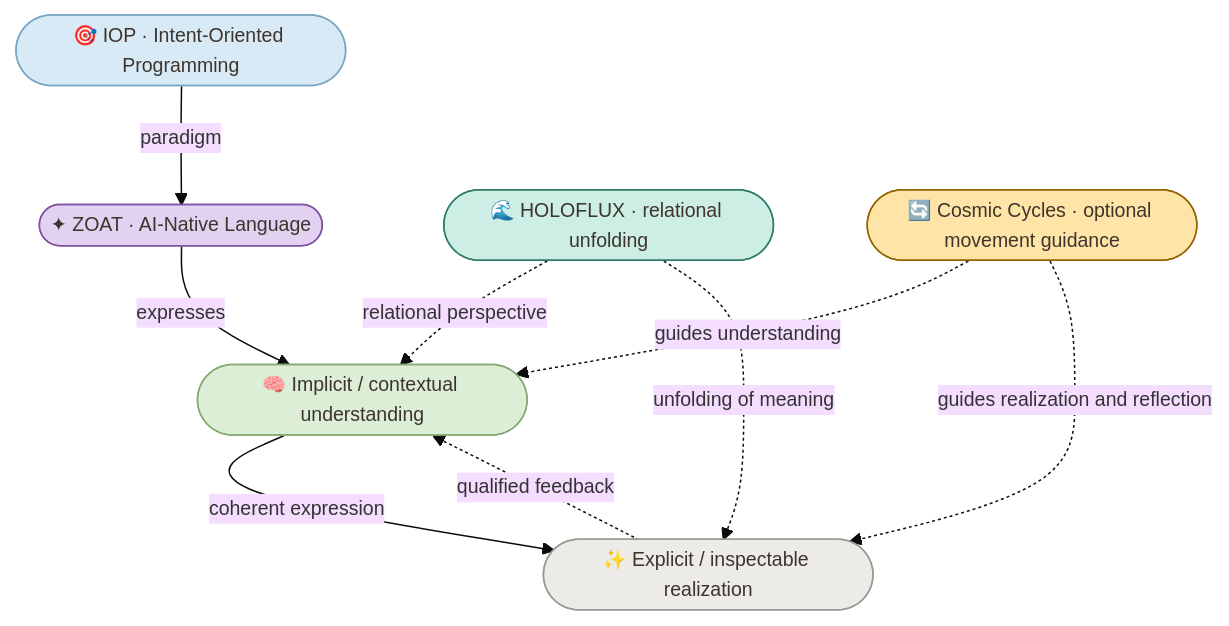
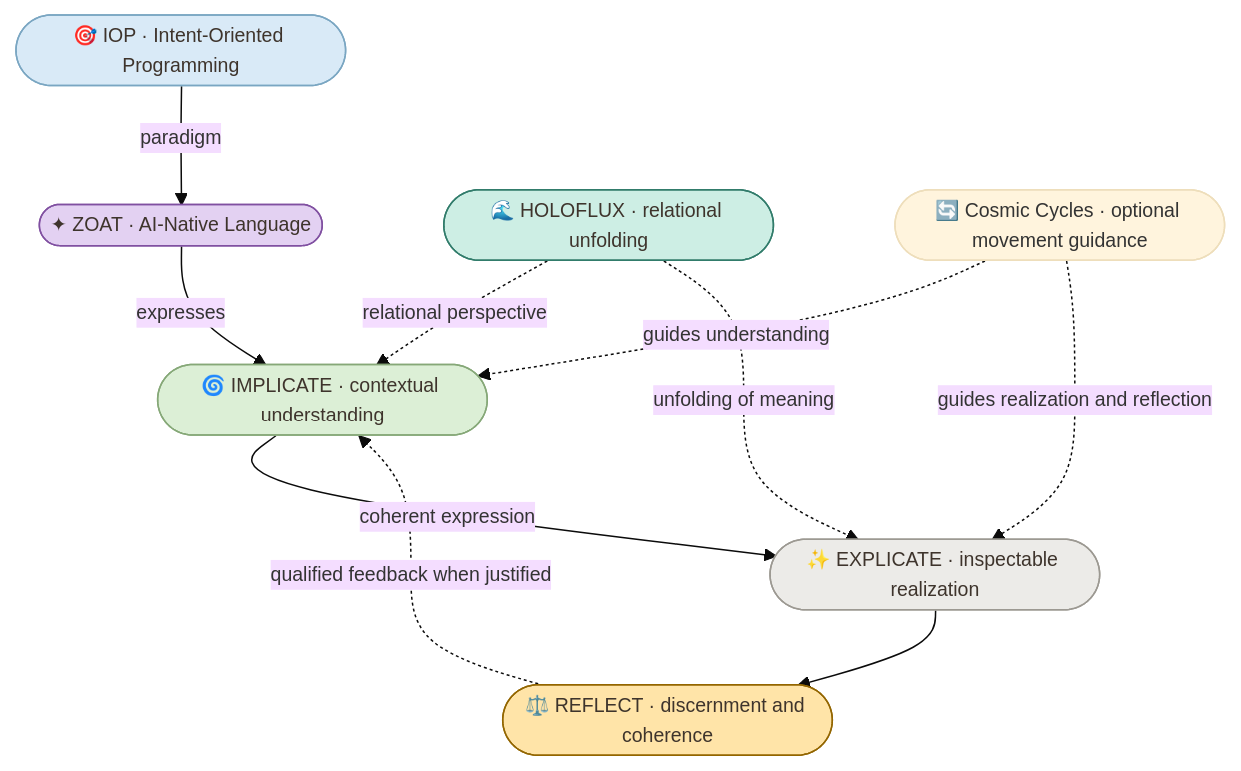
Before and after one commit to enogrob/project-zoat: the second of 2 diagrams in README.md, drawn with Mermaid. The commit also changed other lines of this file, not shown here.

Commit message:
docs: align public ZOAT diagrams with semantic icon vocabulary (#3)

````diff
--- a/README.md
+++ b/README.md
@@ -89,24 +92,26 @@
 ```mermaid
 %%{init: {"theme":"base","themeVariables":{"fontSize":"13px"},"flowchart":{"wrappingWidth":200,"minNodeWidth":0,"padding":8}}}%%
 flowchart TD
     P(["🎯 IOP · Intent-Oriented Programming"]):::context
     Z(["✦ ZOAT · AI-Native Language"]):::core
     H(["🌊 HOLOFLUX · relational unfolding"]):::relational
-    U(["🧠 Implicit / contextual understanding"]):::understanding
-    E(["✨ Explicit / inspectable realization"]):::projection
-    CY(["🔄 Cosmic Cycles · optional movement guidance"]):::guidance
+    U(["🌀 IMPLICATE · contextual understanding"]):::understanding
+    E(["✨ EXPLICATE · inspectable realization"]):::projection
+    CY(["🔄 Cosmic Cycles · optional movement guidance"])
+    RF(["⚖️ REFLECT · discernment and coherence"]):::guidance
     P -->|paradigm| Z
     Z -->|expresses| U
     U -->|coherent expression| E
     H -.->|relational perspective| U
     H -.->|unfolding of meaning| E
     CY -.->|guides understanding| U
     CY -.->|guides realization and reflection| E
-    E -.->|qualified feedback| U
+    E --> RF
+    RF -.->|qualified feedback when justified| U
     classDef context fill:#D9EAF7,stroke:#7AA6C2,color:#3E342C
     classDef understanding fill:#DCEFD6,stroke:#86A878,color:#3E342C
     classDef core fill:#E3D1F2,stroke:#8050A1,color:#3E342C
     classDef relational fill:#CDEEE4,stroke:#317C6B,color:#3E342C
     classDef guidance fill:#FFE4A8,stroke:#936600,color:#3E342C
     classDef projection fill:#ECEBE8,stroke:#9C9992,color:#3E342C
 ```
````
